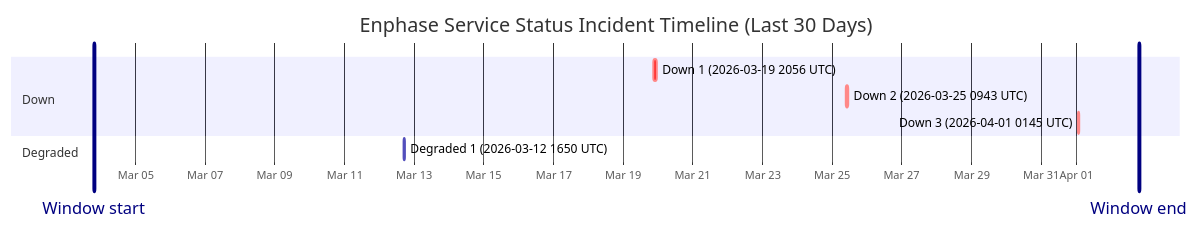
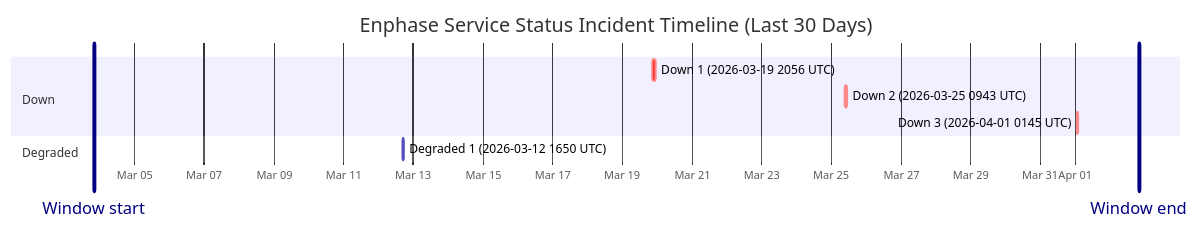
Before and after one commit to barneyonline/ha-enphase-ev-charger: the diagram in wiki/Service-Status-History.md, drawn with Mermaid. The commit also changed other lines of this file and 3 other files, not shown here.

````diff
--- a/wiki/Service-Status-History.md
+++ b/wiki/Service-Status-History.md
@@ -14,14 +14,14 @@
 ```mermaid
 gantt
     title Enphase Service Status Incident Timeline (Last 30 Days)
     dateFormat  YYYY-MM-DDTHH:mm:ss
     axisFormat  %b %d
-    Window start :vert, window-start, 2026-03-03T19:28:49, 0ms
-    Window end :vert, window-end, 2026-04-02T19:28:49, 0ms
+    Window start :vert, window-start, 2026-03-03T20:03:37, 0ms
+    Window end :vert, window-end, 2026-04-02T20:03:37, 0ms
     section Down
     Down 1 (2026-03-19 2056 UTC) :crit, down-1, 2026-03-19T20:56:20, 145m
     Down 2 (2026-03-25 0943 UTC) :crit, down-2, 2026-03-25T09:43:28, 111m
     Down 3 (2026-04-01 0145 UTC) :crit, down-3, 2026-04-01T01:45:09, 60m
     section Degraded
     Degraded 1 (2026-03-12 1650 UTC) :active, degraded-1, 2026-03-12T16:50:43, 60m
 ```
````
